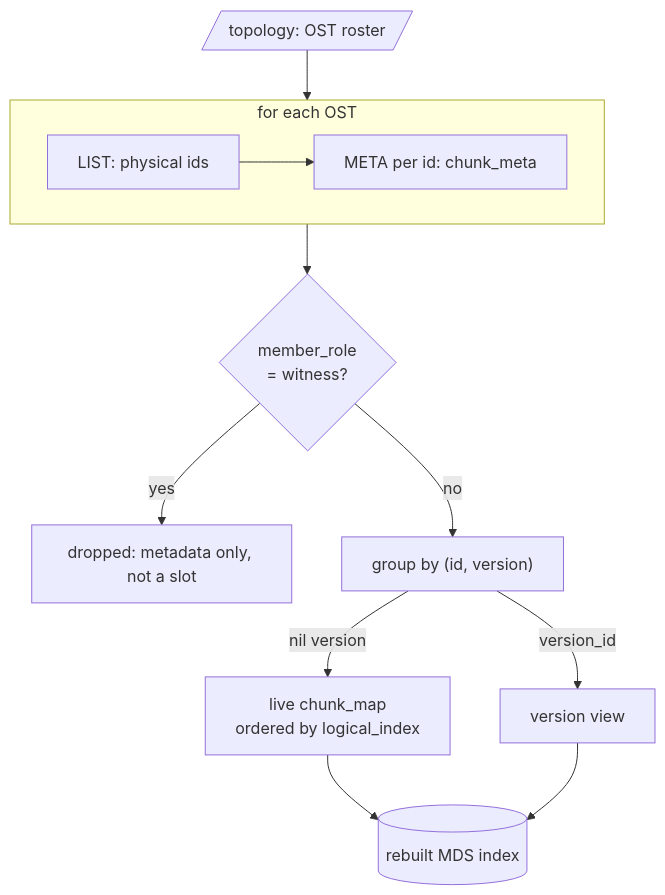
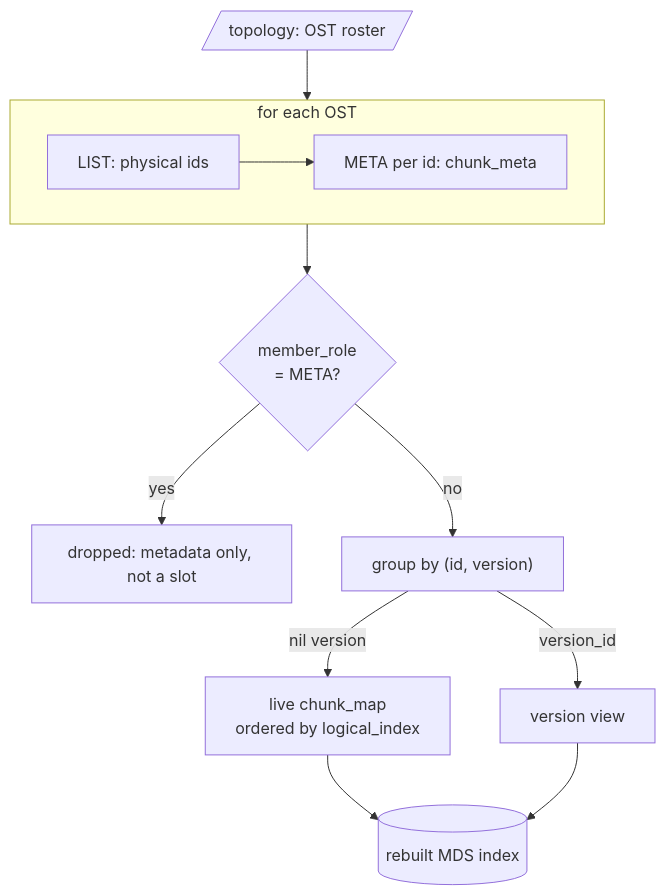
The eighth of 8 diagrams in docs/mds.md (rawstor/librawstor), drawn with Mermaid before and after one commit. The commit also changed other lines of this file and 27 other files, not shown here.

Commit message:
ref(member): use DATA and META roles and reload recreated metadata

````diff
--- a/docs/mds.md
+++ b/docs/mds.md
@@ -1065,15 +1066,15 @@
 ```mermaid
 flowchart TB
     T[/"topology: OST roster"/] --> Scan
     subgraph Scan ["for each OST"]
         direction LR
         L["LIST: physical ids"] --> Me["META per id: chunk_meta"]
     end
-    Scan --> W{"member_role<br/>= witness?"}
+    Scan --> W{"member_role<br/>= META?"}
     W -- yes --> Drop["dropped: metadata only, not a slot"]
     W -- no --> G["group by (id, version)"]
     G -- "nil version" --> Live["live chunk_map<br/>ordered by logical_index"]
     G -- "version_id" --> Version["version view"]
     Live --> DB[("rebuilt MDS index")]
     Version --> DB
 ```
````
